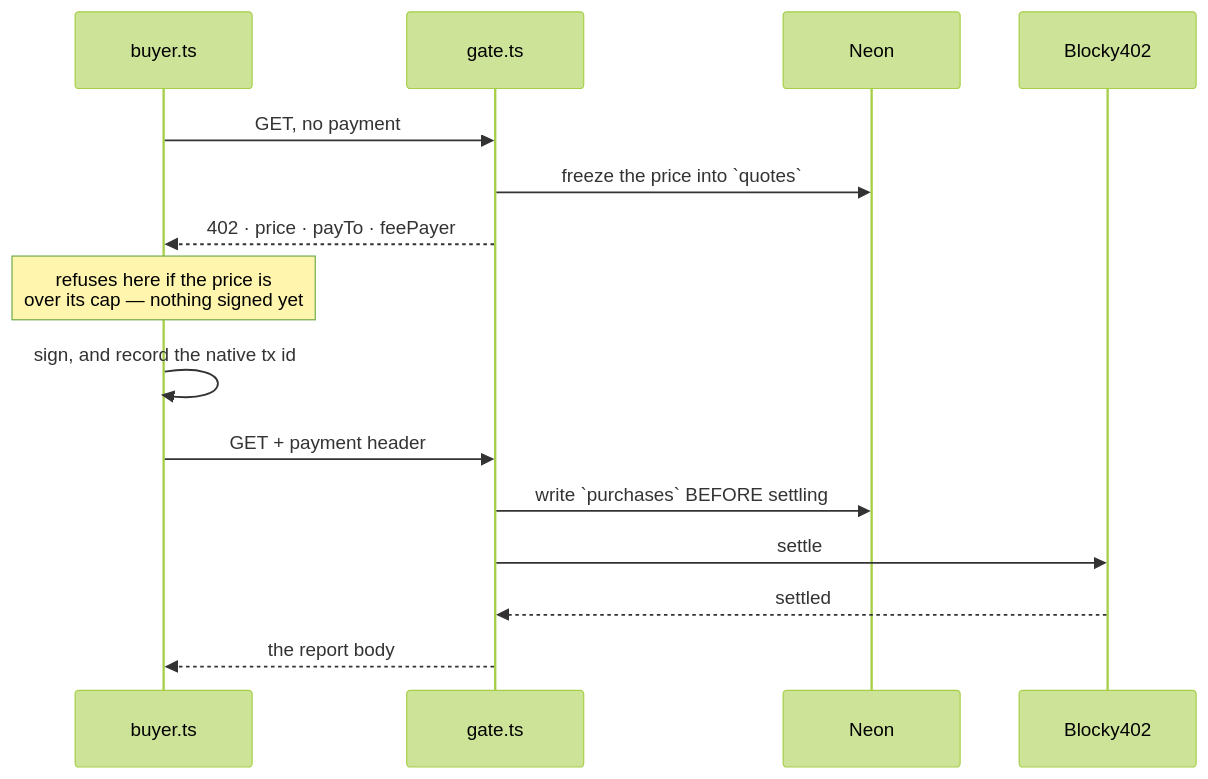
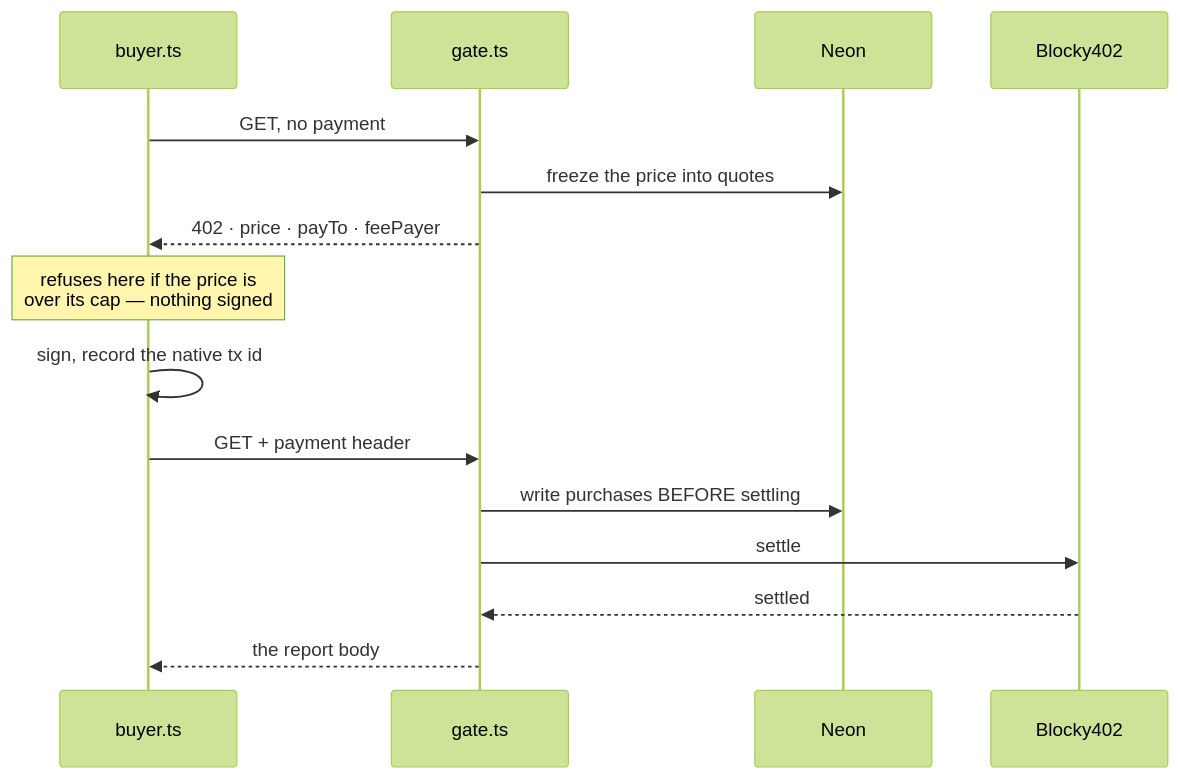
The diagram in src/payments/README.md (DhruPtel/ETHonline-2026-Alpha-Markets), drawn with Mermaid (forest theme) before and after one commit. The commit also changed other lines of this file and 22 other files, not shown here.

Commit message:
docs: README, architecture and directory documentation

````diff
--- a/src/payments/README.md
+++ b/src/payments/README.md
@@ -12,18 +19,18 @@
 ```mermaid
 sequenceDiagram
   participant B as buyer.ts
   participant G as gate.ts
   participant D as Neon
   participant F as Blocky402
 
   B->>G: GET, no payment
-  G->>D: freeze the price into `quotes`
+  G->>D: freeze the price into quotes
   G-->>B: 402 · price · payTo · feePayer
-  Note over B: refuses here if the price is<br/>over its cap — nothing signed yet
-  B->>B: sign, and record the native tx id
+  Note over B: refuses here if the price is<br/>over its cap — nothing signed
+  B->>B: sign, record the native tx id
   B->>G: GET + payment header
-  G->>D: write `purchases` BEFORE settling
+  G->>D: write purchases BEFORE settling
   G->>F: settle
   F-->>G: settled
   G-->>B: the report body
 ```
````
